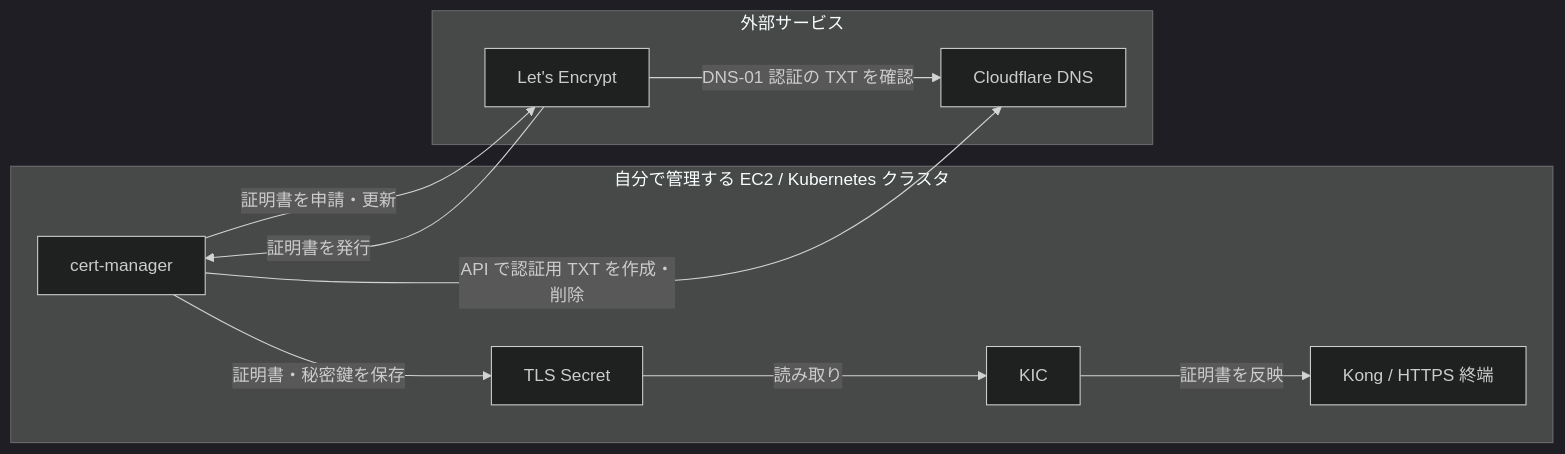
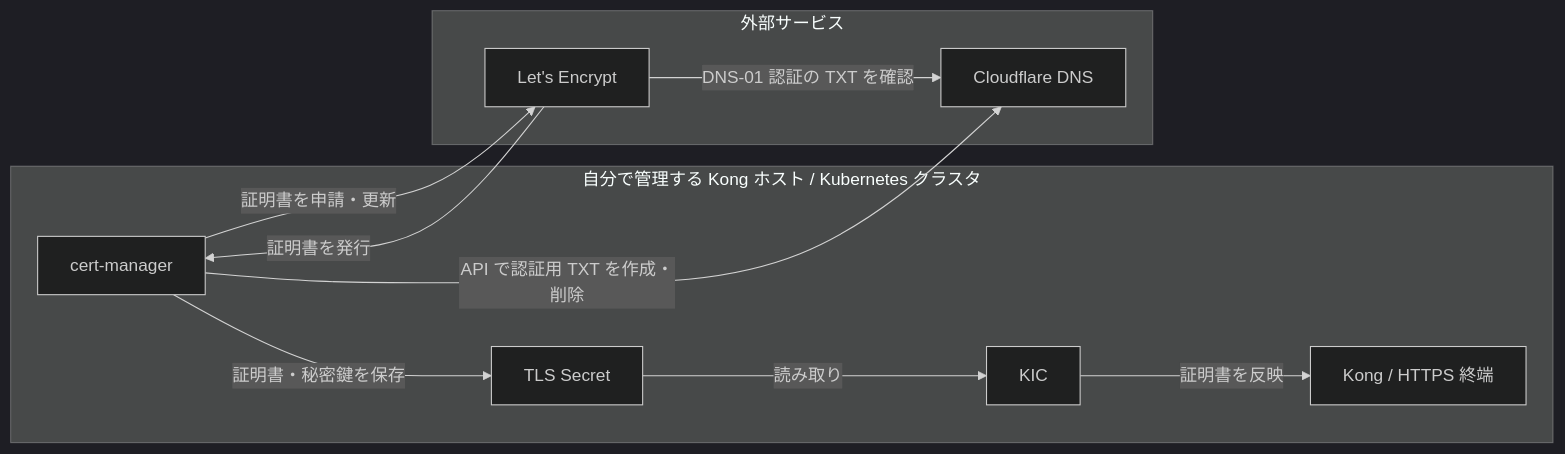
One commit to sasano8/infra-kubernetes changed the second of 2 diagrams in README.md. Above: the diagram before and after it, drawn with Mermaid (dark theme). The commit also changed other lines of this file, not shown here.

Commit message:
Define architecture terms and use Kong host terminology in README

````diff
--- a/README.md
+++ b/README.md
@@ -34,20 +34,20 @@
 ```mermaid
 flowchart LR
-    subgraph Managed[自分で管理する EC2 / Kubernetes クラスタ]
+    subgraph Managed[自分で管理する Kong ホスト / Kubernetes クラスタ]
         CM[cert-manager]
         Secret[TLS Secret]
         KIC[KIC]
         Kong[Kong / HTTPS 終端]
         CM -->|証明書・秘密鍵を保存| Secret
         Secret -->|読み取り| KIC
         KIC -->|証明書を反映| Kong
     end
     subgraph External[外部サービス]
         CF[Cloudflare DNS]
         LE[Let's Encrypt]
         LE -->|DNS-01 認証の TXT を確認| CF
     end
     CM -->|API で認証用 TXT を作成・削除| CF
     CM -->|証明書を申請・更新| LE
     LE -->|証明書を発行| CM
 ```
````
